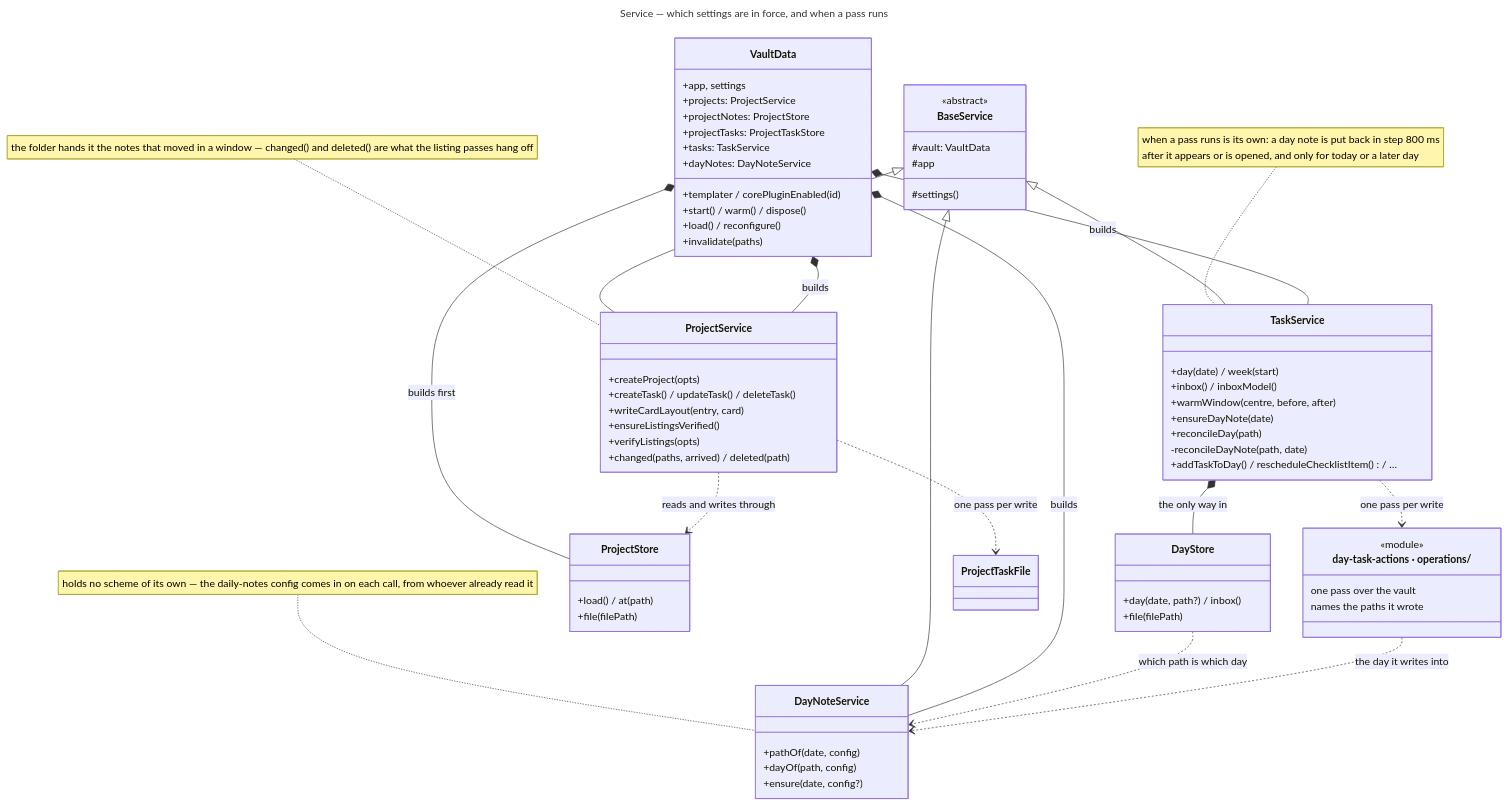
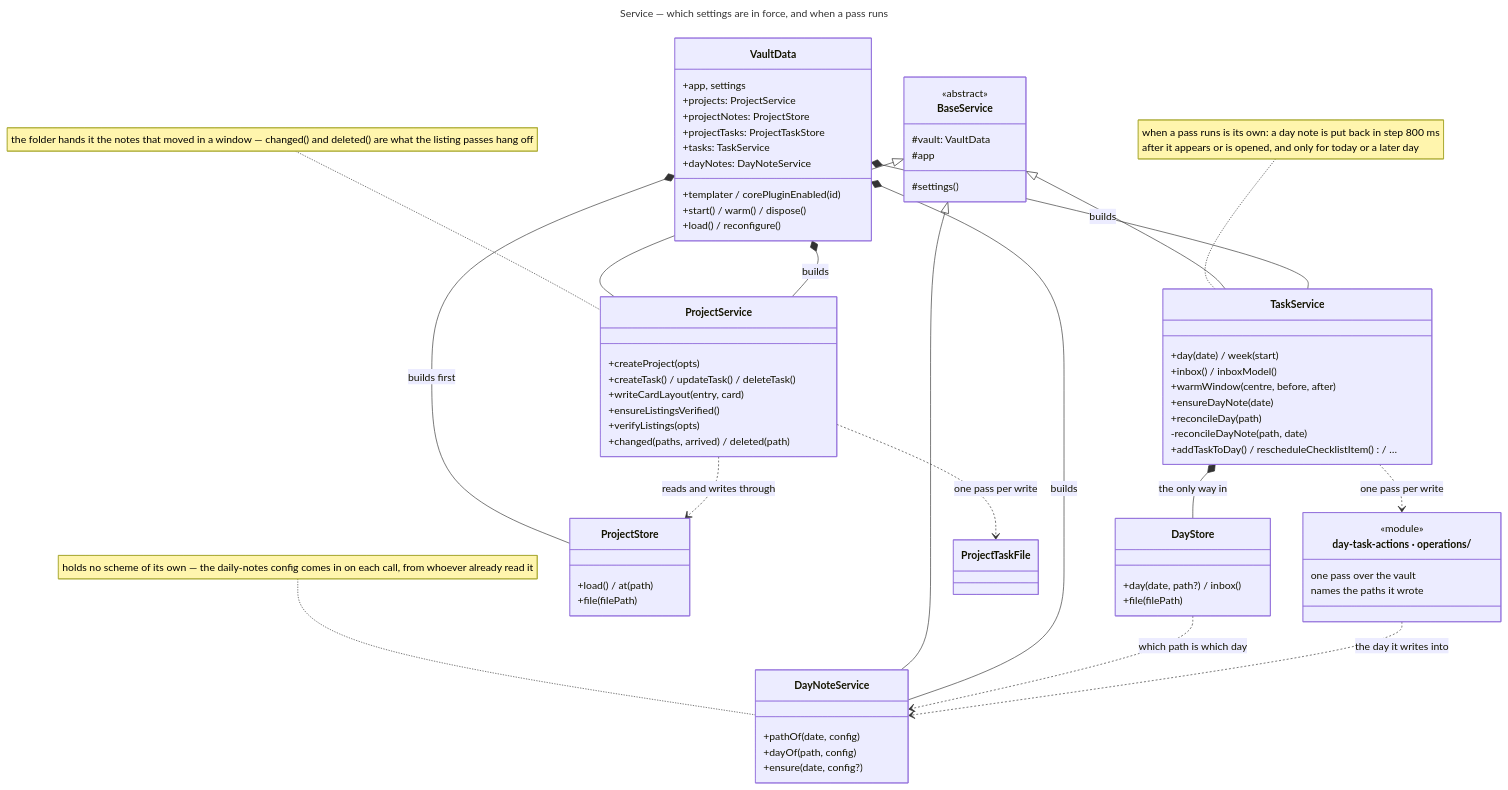
One commit to Laurent-Ferier/pm-compass changed the diagram in docs/technical/diagrams/service.mmd. Above: the diagram before and after it, drawn with Mermaid. The commit also changed 17 other files, not shown here.

```diff
--- a/docs/technical/diagrams/service.mmd
+++ b/docs/technical/diagrams/service.mmd
@@ -1,84 +1,83 @@
 ---
 title: Service — which settings are in force, and when a pass runs
 ---
 classDiagram
   direction TB
 
   class VaultData {
     +app, settings
     +templater / corePluginEnabled(id)
     +projects: ProjectService
     +projectNotes: ProjectStore
     +projectTasks: ProjectTaskStore
     +tasks: TaskService
     +dayNotes: DayNoteService
     +start() / warm() / dispose()
     +load() / reconfigure()
-    +invalidate(paths)
   }
 
   class BaseService {
     <<abstract>>
     #vault: VaultData
     #app
     #settings()
   }
 
   class TaskService {
     +day(date) / week(start)
     +inbox() / inboxModel()
     +warmWindow(centre, before, after)
     +ensureDayNote(date)
     +reconcileDay(path)
     -reconcileDayNote(path, date)
     +addTaskToDay() / rescheduleChecklistItem() / …
   }
 
   class ProjectService {
     +createProject(opts)
     +createTask() / updateTask() / deleteTask()
     +writeCardLayout(entry, card)
     +ensureListingsVerified()
     +verifyListings(opts)
     +changed(paths, arrived) / deleted(path)
   }
 
   class DayNoteService {
     +pathOf(date, config)
     +dayOf(path, config)
     +ensure(date, config?)
   }
 
   class DayStore {
     +day(date, path?) / inbox()
     +file(filePath)
   }
 
   class ProjectStore {
     +load() / at(path)
     +file(filePath)
   }
 
   class dayTaskActions["day-task-actions · operations/"] {
     <<module>>
     one pass over the vault
     names the paths it wrote
   }
 
   BaseService <|-- TaskService
   BaseService <|-- ProjectService
   BaseService <|-- DayNoteService
   VaultData *-- TaskService : builds
   VaultData *-- ProjectService : builds
   VaultData *-- DayNoteService : builds
   VaultData *-- ProjectStore : builds first
   TaskService *-- DayStore : the only way in
   ProjectService ..> ProjectStore : reads and writes through
   TaskService ..> dayTaskActions : one pass per write
   ProjectService ..> ProjectTaskFile : one pass per write
   DayStore ..> DayNoteService : which path is which day
   dayTaskActions ..> DayNoteService : the day it writes into
 
   note for DayNoteService "holds no scheme of its own — the daily-notes config comes in on each call, from whoever already read it"
   note for ProjectService "the folder hands it the notes that moved in a window — changed() and deleted() are what the listing passes hang off"
   note for TaskService "when a pass runs is its own: a day note is put back in step 800 ms<br/>after it appears or is opened, and only for today or a later day"
```
